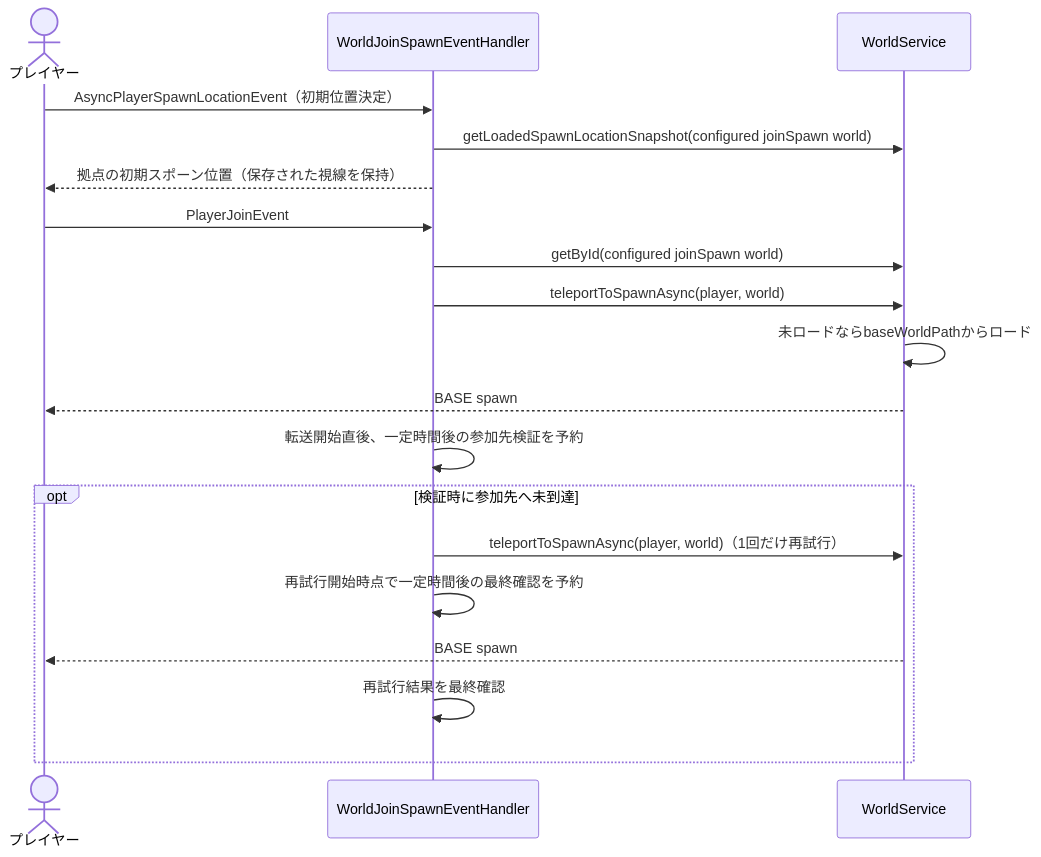
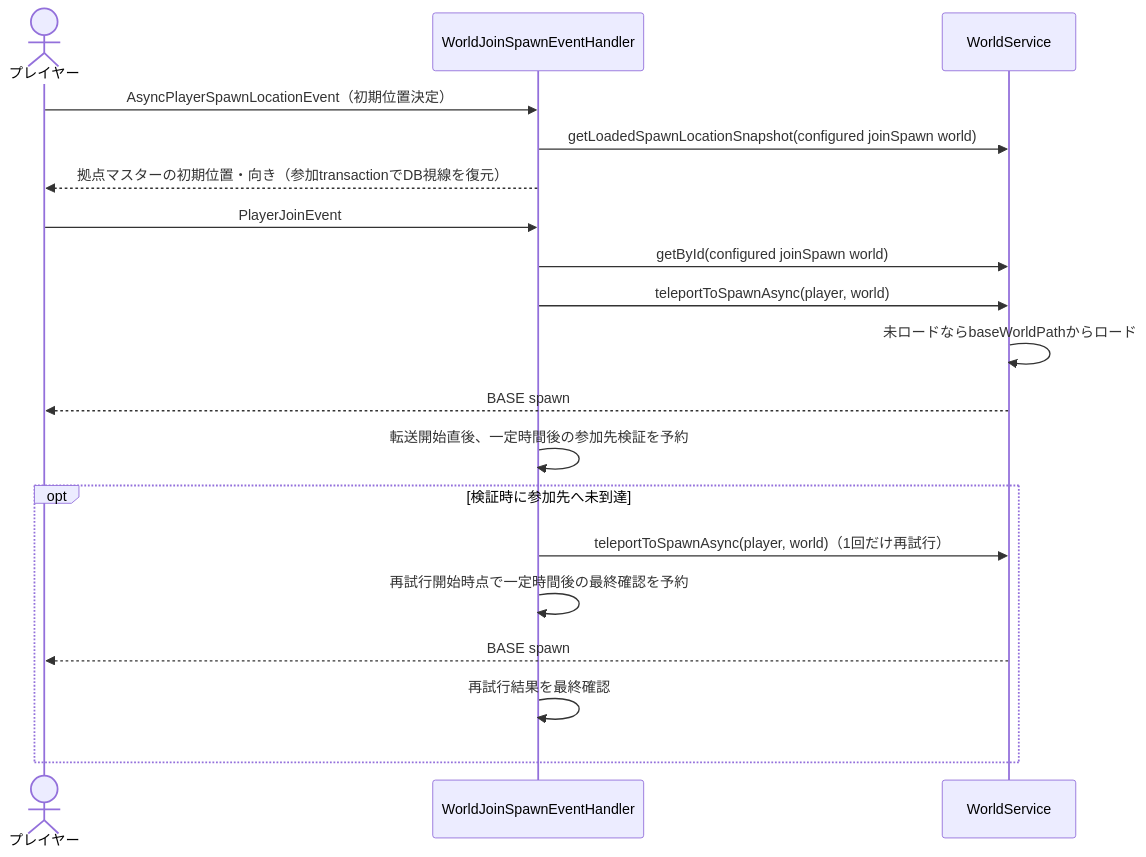
Before and after one commit to maaasu/AstralRecord-Workspace: the fourth of 6 diagrams in 00_docs/10_Plugin設計書/feature/17-world/17_4-統合フロー.md, drawn with Mermaid. The commit also changed other lines of this file and 29 other files, not shown here.

````diff
--- a/00_docs/10_Plugin設計書/feature/17-world/17_4-統合フロー.md
+++ b/00_docs/10_Plugin設計書/feature/17-world/17_4-統合フロー.md
@@ -129,21 +129,21 @@
 ```mermaid
 sequenceDiagram
     actor Player as プレイヤー
     participant Join as WorldJoinSpawnEventHandler
     participant World as WorldService
     Player->>Join: AsyncPlayerSpawnLocationEvent（初期位置決定）
     Join->>World: getLoadedSpawnLocationSnapshot(configured joinSpawn world)
-    Join-->>Player: 拠点の初期スポーン位置（保存された視線を保持）
+    Join-->>Player: 拠点マスターの初期位置・向き（参加transactionでDB視線を復元）
     Player->>Join: PlayerJoinEvent
     Join->>World: getById(configured joinSpawn world)
     Join->>World: teleportToSpawnAsync(player, world)
     World->>World: 未ロードならbaseWorldPathからロード
     World-->>Player: BASE spawn
     Join->>Join: 転送開始直後、一定時間後の参加先検証を予約
     opt 検証時に参加先へ未到達
         Join->>World: teleportToSpawnAsync(player, world)（1回だけ再試行）
         Join->>Join: 再試行開始時点で一定時間後の最終確認を予約
         World-->>Player: BASE spawn
         Join->>Join: 再試行結果を最終確認
     end
 ```
````
